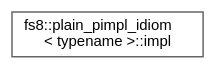
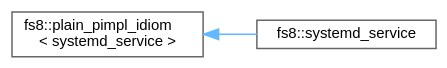
One commit to the-moisrex/foresight changed the diagram in api/inherit_graph_111.dot. Above: the diagram before and after it, drawn with Graphviz. The commit also changed 232 other files, not shown here.

```diff
--- a/api/inherit_graph_111.dot
+++ b/api/inherit_graph_111.dot
@@ -1,9 +1,11 @@
 digraph "Graphical Class Hierarchy"
 {
  // LATEX_PDF_SIZE
   bgcolor="transparent";
   edge [fontname=Helvetica,fontsize=10,labelfontname=Helvetica,labelfontsize=10];
   node [fontname=Helvetica,fontsize=10,shape=box,height=0.2,width=0.4];
   rankdir="LR";
-  Node0 [id="Node000000",label="fs8::plain_pimpl_idiom\l\< typename \>::impl",height=0.2,width=0.4,color="grey40", fillcolor="white", style="filled",URL="$structfs8_1_1plain__pimpl__idiom_1_1impl.html",tooltip=" "];
+  Node0 [id="Node000000",label="fs8::plain_pimpl_idiom\l\< systemd_service \>",height=0.2,width=0.4,color="grey40", fillcolor="white", style="filled",URL="$structfs8_1_1plain__pimpl__idiom.html",tooltip=" "];
+  Node0 -> Node1 [id="edge137_Node000000_Node000001",dir="back",color="steelblue1",style="solid",tooltip=" "];
+  Node1 [id="Node000001",label="fs8::systemd_service",height=0.2,width=0.4,color="grey40", fillcolor="white", style="filled",URL="$structfs8_1_1systemd__service.html",tooltip=" "];
 }
```
